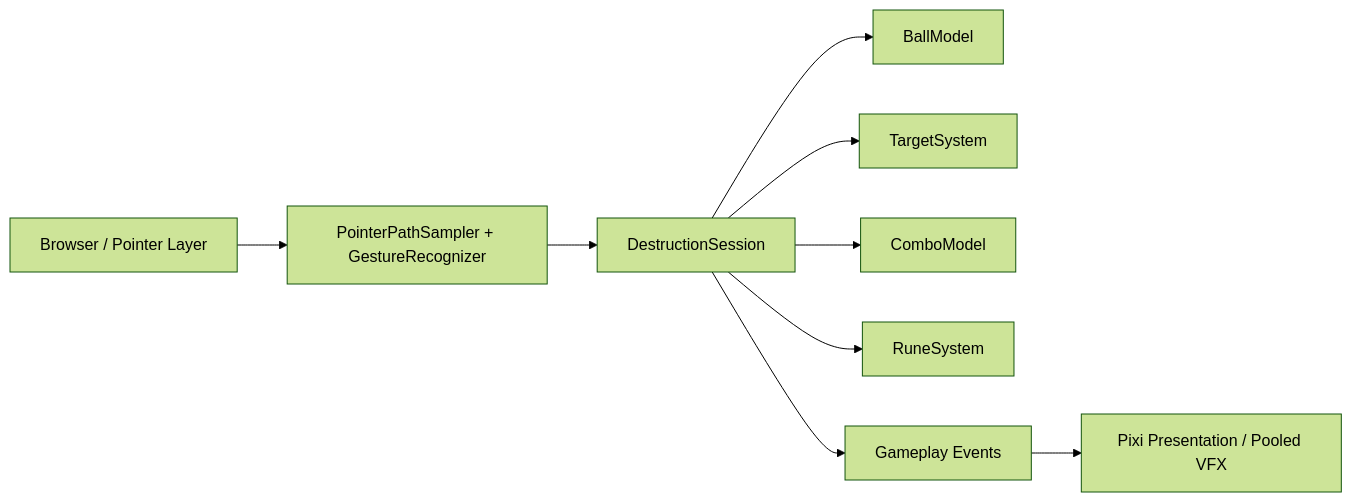
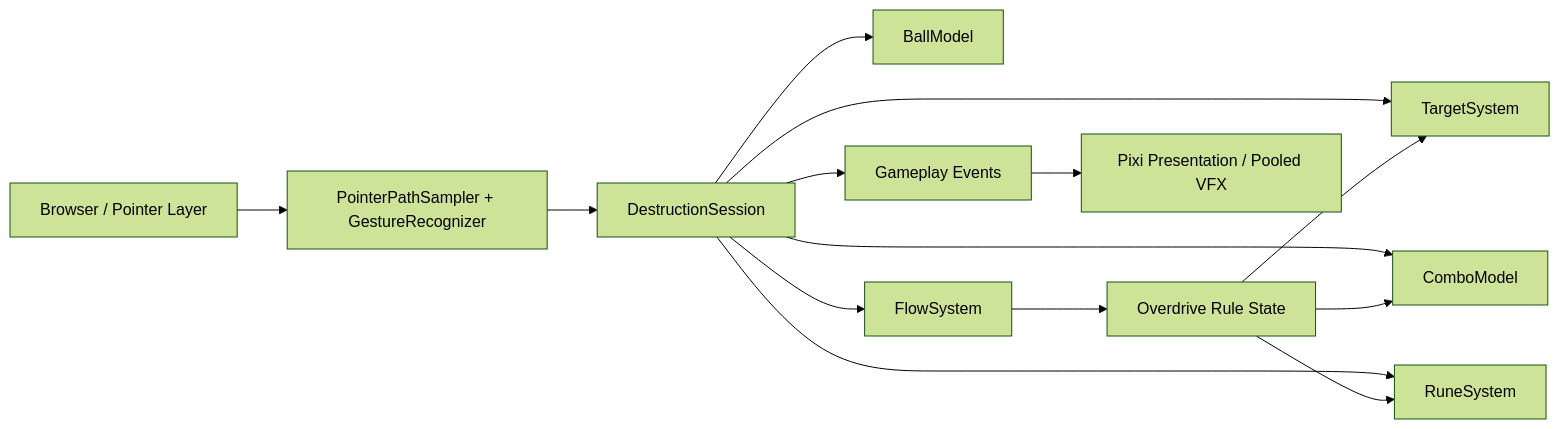
The diagram in rune-ball/README.md (zeroLR/2D-game-playground), drawn with Mermaid (forest theme) before and after one commit. The commit also changed other lines of this file, not shown here.

Commit message:
docs(rune-ball): describe P4 flow overdrive slice

````diff
--- a/rune-ball/README.md
+++ b/rune-ball/README.md
@@ -37,11 +39,16 @@
 ```mermaid
 flowchart LR
   Browser[Browser / Pointer Layer] --> Gesture[PointerPathSampler + GestureRecognizer]
   Gesture --> Session[DestructionSession]
   Session --> Ball[BallModel]
   Session --> Targets[TargetSystem]
   Session --> Combo[ComboModel]
   Session --> Runes[RuneSystem]
+  Session --> Flow[FlowSystem]
+  Flow --> OD[Overdrive Rule State]
+  OD --> Targets
+  OD --> Combo
+  OD --> Runes
   Session --> Events[Gameplay Events]
   Events --> Scene[Pixi Presentation / Pooled VFX]
 ```
````
